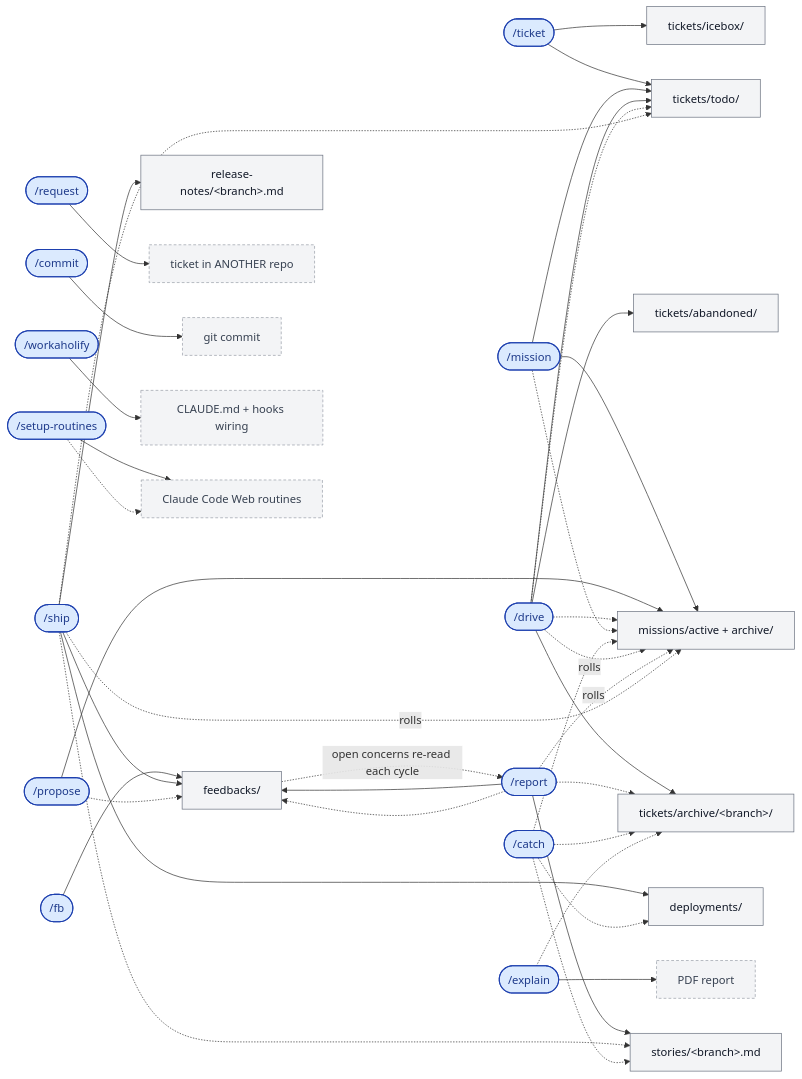
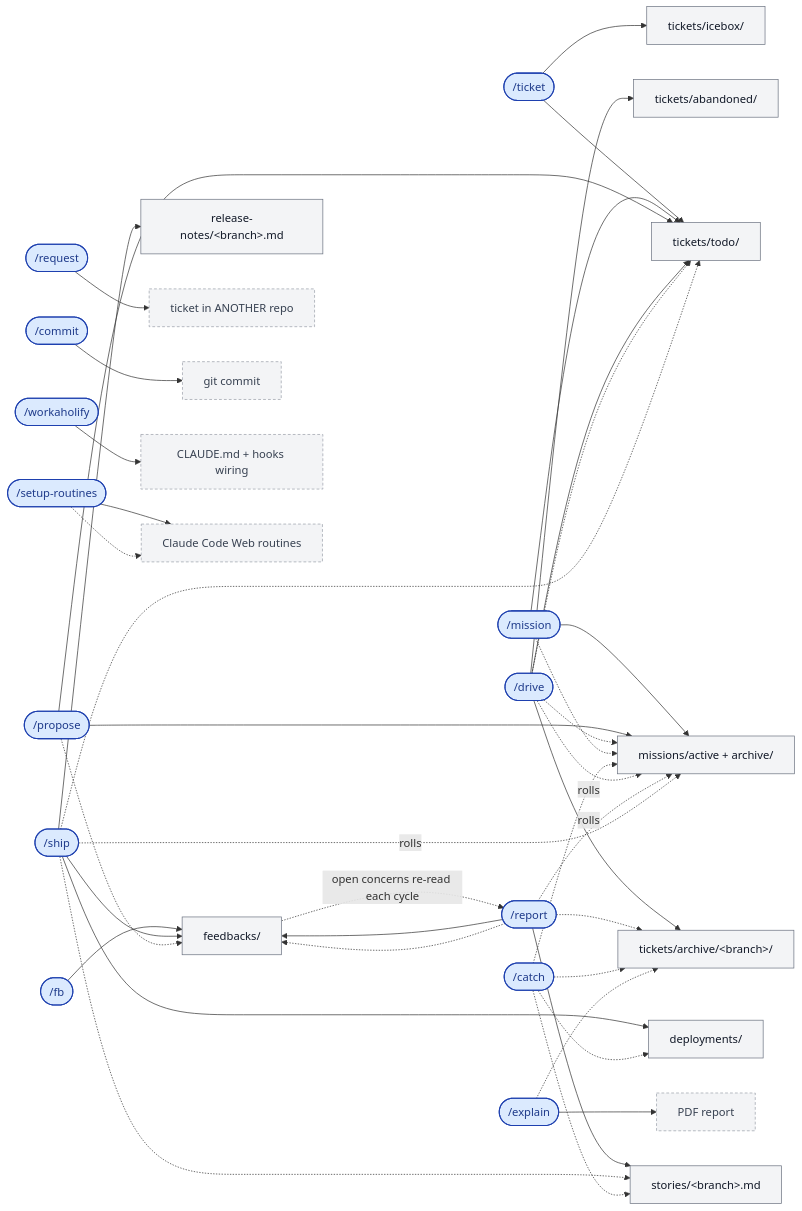
The fourth of 5 diagrams in README.md (qmu/workaholic), drawn with Mermaid before and after one commit. The commit also changed other lines of this file and 1 other file, not shown here.

```diff
--- a/README.md
+++ b/README.md
@@ -334,6 +333,7 @@
   mission --> MIS
   mission --> TODO
   propose --> MIS
+  propose --> TODO
   feedback --> FBK
   drive --> ARCH
   drive --> ABD
```
